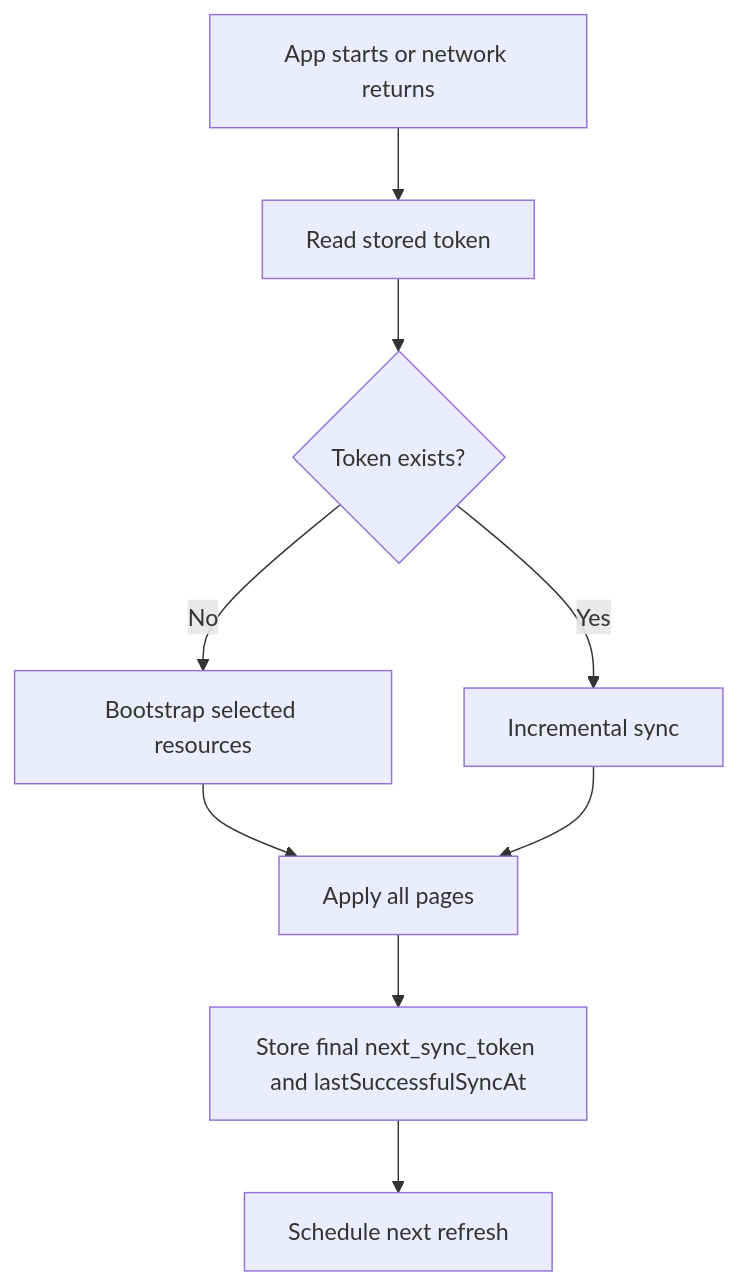
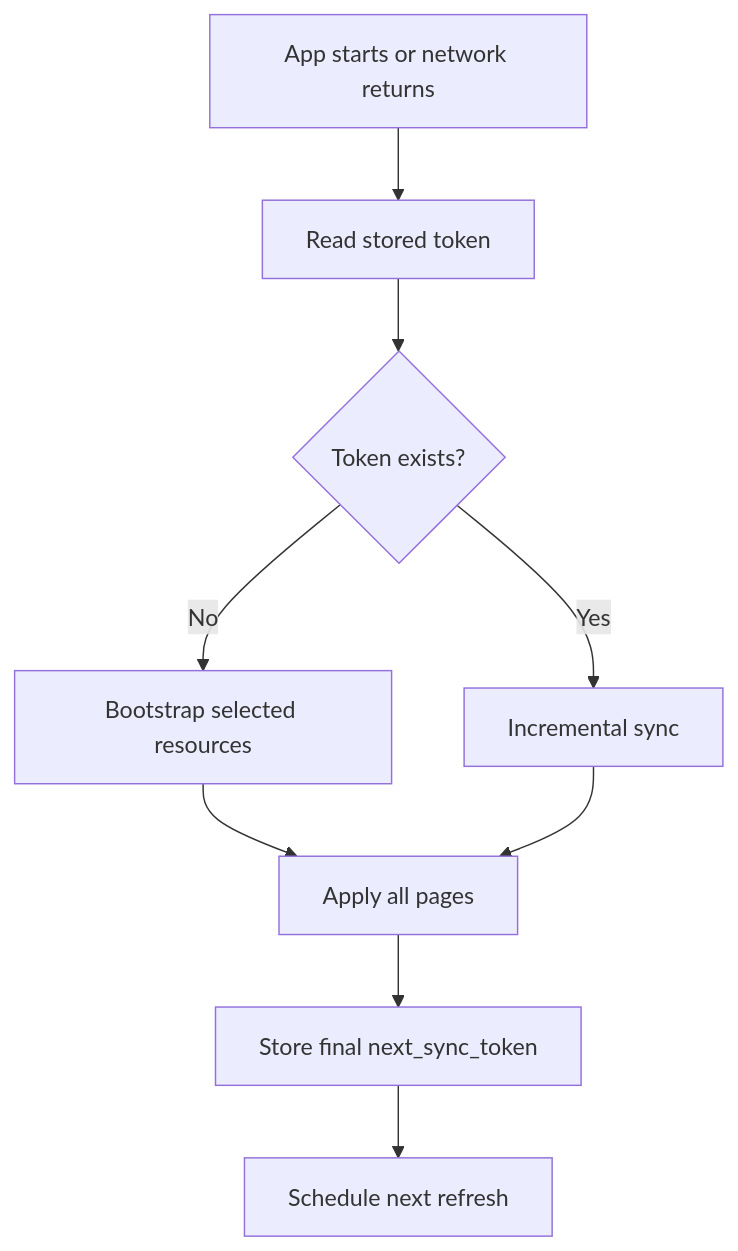
Before and after one commit to quran/qf-api-docs: the second of 3 diagrams in docs/tutorials/content-sync/offline-cache-patterns.mdx, drawn with Mermaid. The commit also changed other lines of this file and 5 other files, not shown here.

````diff
--- a/docs/tutorials/content-sync/offline-cache-patterns.mdx
+++ b/docs/tutorials/content-sync/offline-cache-patterns.mdx
@@ -68,11 +68,11 @@
 ```mermaid
 flowchart TD
     A["App starts or network returns"] --> B["Read stored token"]
     B --> C{"Token exists?"}
     C -->|"No"| D["Bootstrap selected resources"]
     C -->|"Yes"| E["Incremental sync"]
     D --> F["Apply all pages"]
     E --> F
-    F --> G["Store final next_sync_token and lastSuccessfulSyncAt"]
+    F --> G["Store final next_sync_token"]
     G --> H["Schedule next refresh"]
 ```
````
